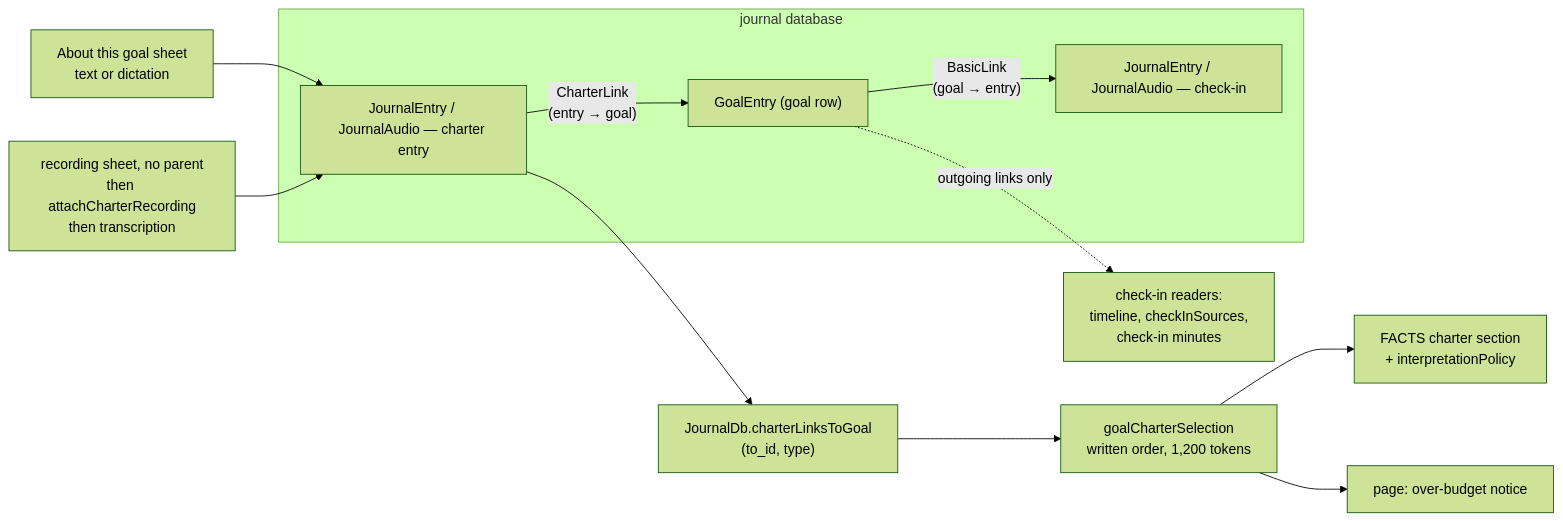
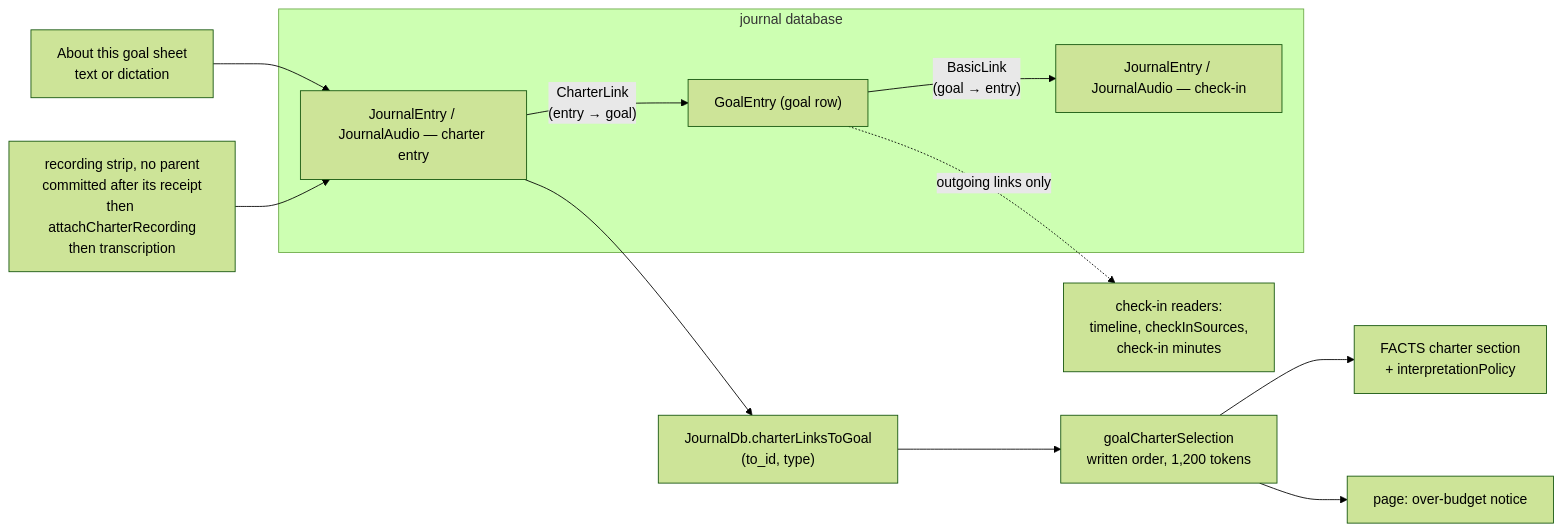
Diagram 11 of 14 in knowledge/features/goals.md (matthiasn/lotti), drawn with Mermaid (forest theme) before and after one commit. The commit also changed other lines of this file and 154 other files, not shown here.

Commit message:
feat(speech): no recording sheet — a strip at the bottom that follows you and takes you back (#5151)

````diff
--- a/knowledge/features/goals.md
+++ b/knowledge/features/goals.md
@@ -2521,17 +2521,17 @@
 ```mermaid
 flowchart LR
   subgraph Journal["journal database"]
     G["GoalEntry (goal row)"]
     C["JournalEntry / JournalAudio — charter entry"]
     K["JournalEntry / JournalAudio — check-in"]
     C -- "CharterLink\n(entry → goal)" --> G
     G -- "BasicLink\n(goal → entry)" --> K
   end
   SHEET["About this goal sheet\ntext or dictation"] --> C
-  REC["recording sheet, no parent\nthen attachCharterRecording\nthen transcription"] --> C
+  REC["recording strip, no parent\ncommitted after its receipt\nthen attachCharterRecording\nthen transcription"] --> C
   G -. "outgoing links only" .-> READERS["check-in readers:\ntimeline, checkInSources,\ncheck-in minutes"]
   C --> CL["JournalDb.charterLinksToGoal\n(to_id, type)"]
   CL --> SEL["goalCharterSelection\nwritten order, 1,200 tokens"]
   SEL --> F["FACTS charter section\n+ interpretationPolicy"]
   SEL --> WARN["page: over-budget notice"]
 ```
````
